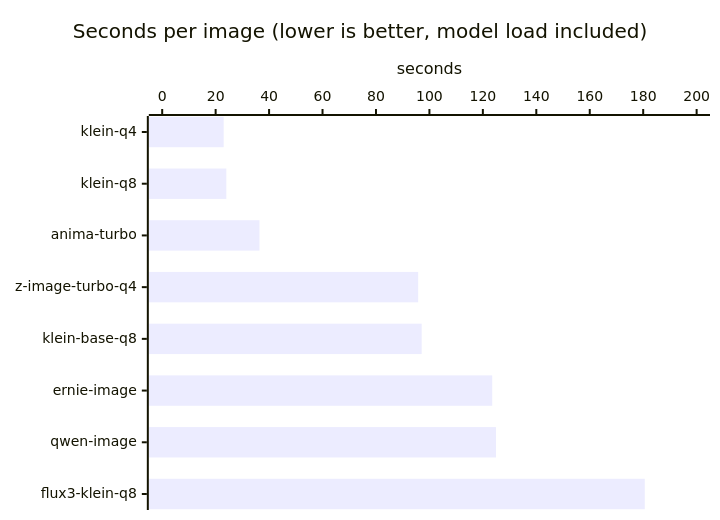
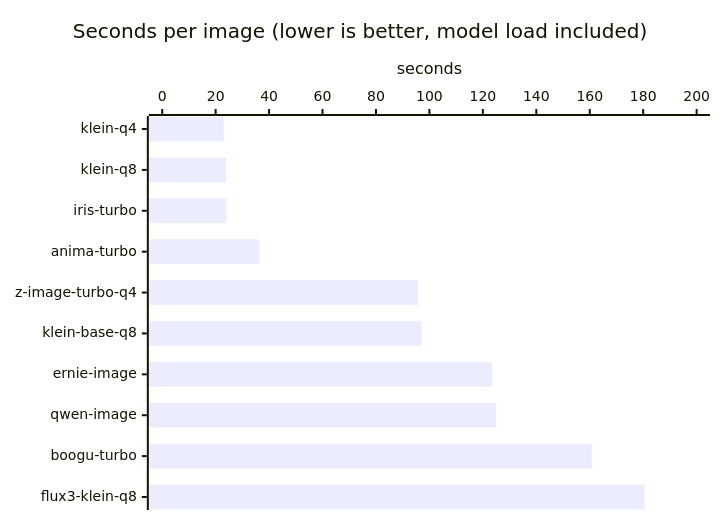
The third of 4 diagrams in README.md (mahirfatih/local-generation-benchmark-m1-max), drawn with Mermaid before and after one commit. The commit also changed other lines of this file and 33 other files, not shown here.

First line of the commit message:
feat: measure Iris-3B Turbo and Boogu Image Turbo

````diff
--- a/README.md
+++ b/README.md
@@ -296,7 +309,7 @@
 ```mermaid
 xychart-beta horizontal
     title "Seconds per image (lower is better, model load included)"
-    x-axis ["klein-q4", "klein-q8", "anima-turbo", "z-image-turbo-q4", "klein-base-q8", "ernie-image", "qwen-image", "flux3-klein-q8"]
+    x-axis ["klein-q4", "klein-q8", "iris-turbo", "anima-turbo", "z-image-turbo-q4", "klein-base-q8", "ernie-image", "qwen-image", "boogu-turbo", "flux3-klein-q8"]
     y-axis "seconds" 0 --> 200
-    bar [23.0, 24.0, 36.4, 95.8, 97.1, 123.5, 124.9, 180.6]
+    bar [23.0, 24.0, 24.1, 36.4, 95.8, 97.1, 123.5, 124.9, 160.8, 180.6]
 ```
````
